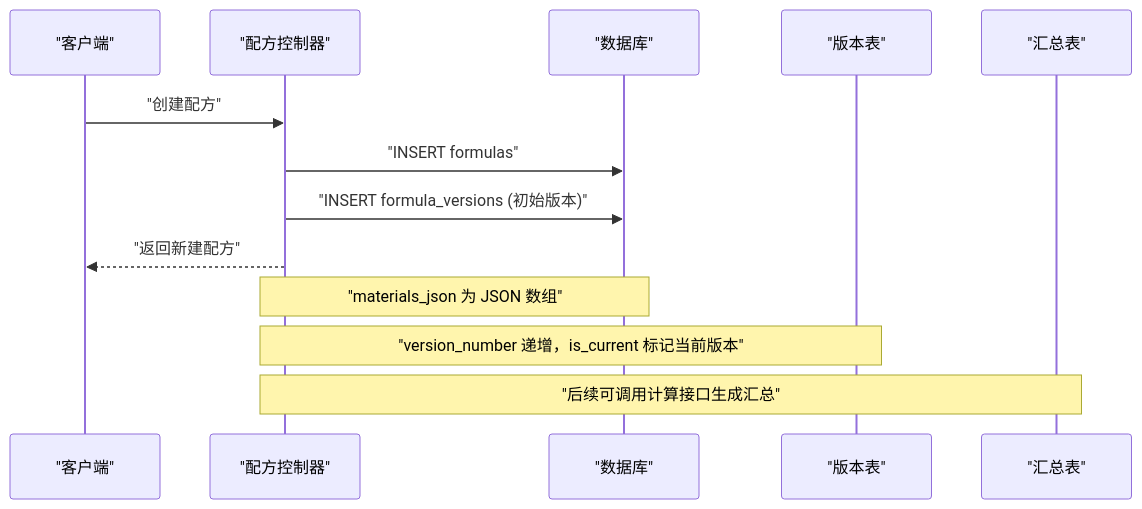
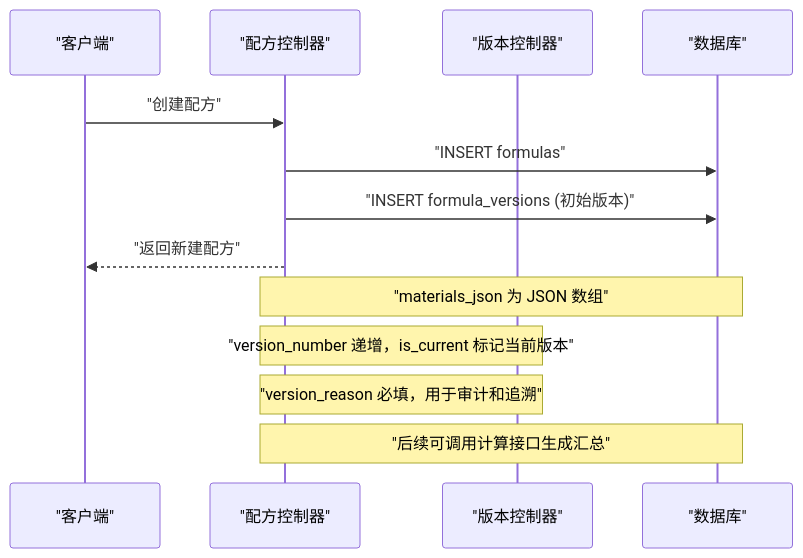
One commit to xpretycn/TingStudio changed the third of 5 diagrams in .qoder/repowiki/zh/content/数据库设计/数据库设计.md. Above: the diagram before and after it, drawn with Mermaid. The commit also changed other lines of this file and 56 other files, not shown here.

````diff
--- a/.qoder/repowiki/zh/content/数据库设计/数据库设计.md
+++ b/.qoder/repowiki/zh/content/数据库设计/数据库设计.md
@@ -380,15 +397,15 @@
 ```mermaid
 sequenceDiagram
 participant C as "客户端"
 participant F as "配方控制器"
+participant V as "版本控制器"
 participant DB as "数据库"
-participant V as "版本表"
-participant S as "汇总表"
 C->>F : "创建配方"
 F->>DB : "INSERT formulas"
 F->>DB : "INSERT formula_versions (初始版本)"
 F-->>C : "返回新建配方"
 Note over F,DB : "materials_json 为 JSON 数组"
 Note over F,V : "version_number 递增，is_current 标记当前版本"
-Note over F,S : "后续可调用计算接口生成汇总"
+Note over F,V : "version_reason 必填，用于审计和追溯"
+Note over F,DB : "后续可调用计算接口生成汇总"
 ```
````
